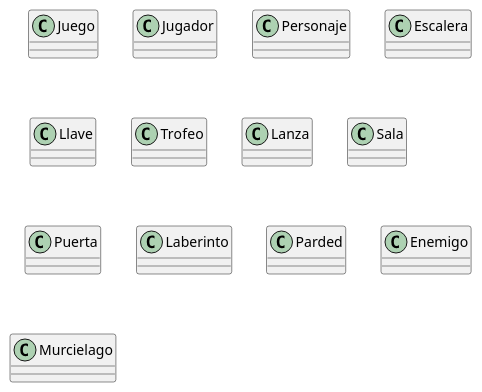
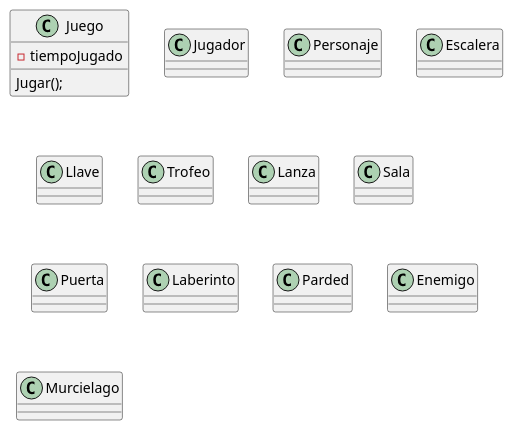
The diagram in docs/adventure.puml (joseassad13/Adveture_The_Game), drawn with PlantUML before and after one commit. The commit also changed 4 other files, not shown here.

```diff
--- a/docs/adventure.puml
+++ b/docs/adventure.puml
@@ -1,20 +1,23 @@
 @startuml Adventure
 
-class Juego 
+class Juego{
+    Jugar();
+    -tiempoJugado
+}
 class Jugador
 class Personaje 
 
 class Escalera
 class Llave
 class Trofeo
 class Lanza 
 
 class Sala
 class Puerta 
 class Laberinto
 class Parded
 
 class Enemigo
 class Murcielago
 
 @enduml
```
